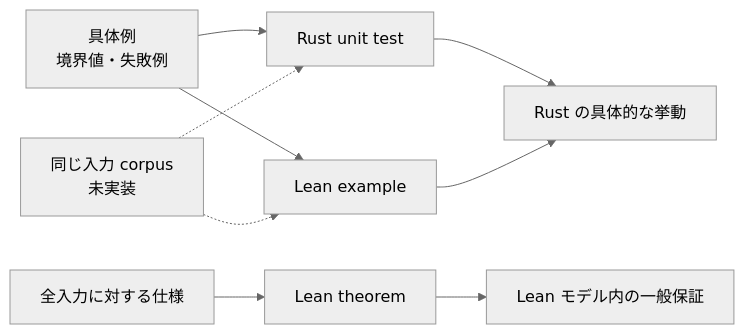
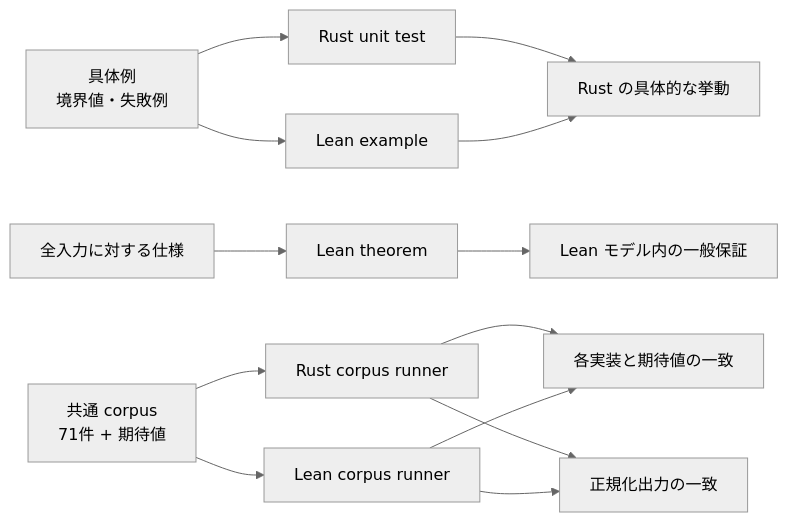
One commit to Aqua-218/SecCamp-AIAgent changed the diagram in docs/authority-core/verification.md. Above: the diagram before and after it, drawn with Mermaid (neutral theme). The commit also changed other lines of this file and 7 other files, not shown here.

````diff
--- a/docs/authority-core/verification.md
+++ b/docs/authority-core/verification.md
@@ -20,12 +20,16 @@
 ```mermaid
 flowchart LR
     examples["具体例<br/>境界値・失敗例"] --> rust["Rust unit test"]
     examples --> leanExample["Lean example"]
     spec["全入力に対する仕様"] --> theorem["Lean theorem"]
-    corpus["同じ入力 corpus<br/>未実装"] -.-> rust
-    corpus -.-> leanExample
+    corpus["共通 corpus<br/>71件 + 期待値"] --> rustRunner["Rust corpus runner"]
+    corpus --> leanRunner["Lean corpus runner"]
 
     rust --> confidence["Rust の具体的な挙動"]
     leanExample --> confidence
     theorem --> guarantee["Lean モデル内の一般保証"]
+    rustRunner --> oracle["各実装と期待値の一致"]
+    leanRunner --> oracle
+    rustRunner --> diff["正規化出力の一致"]
+    leanRunner --> diff
 ```
````
